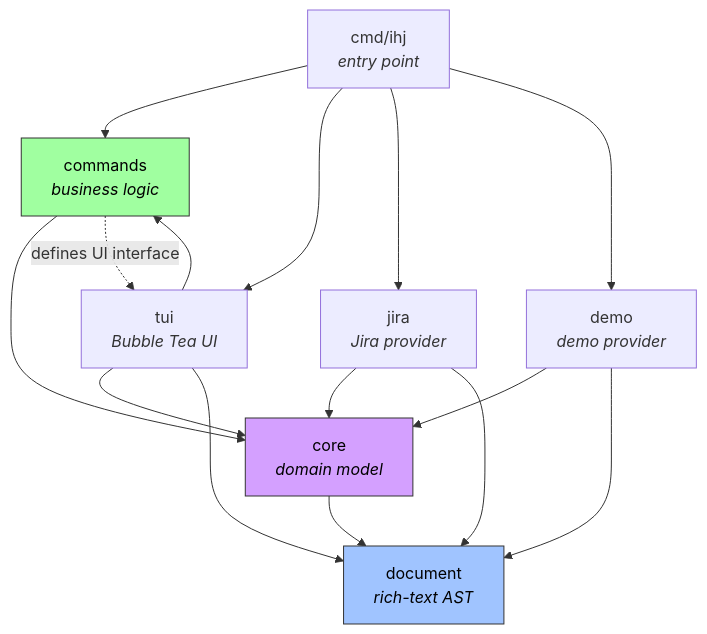
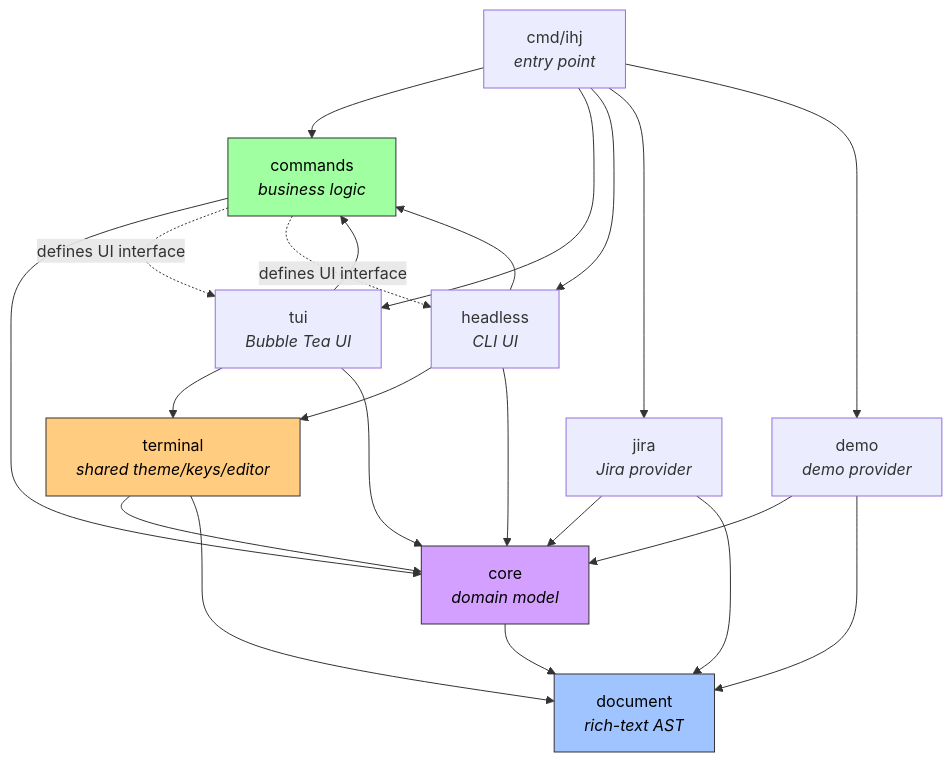
Before and after one commit to mikecsmith/ihj: the diagram in ARCHITECTURE.md, drawn with Mermaid. The commit also changed other lines of this file and 42 other files, not shown here.

First line of the commit message:
refactor: tui bridge + simpler headless mode

````diff
--- a/ARCHITECTURE.md
+++ b/ARCHITECTURE.md
@@ -79,26 +84,36 @@
 ```mermaid
 graph TD
     CMD["cmd/ihj<br/><i>entry point</i>"] --> COMMANDS["commands<br/><i>business logic</i>"]
     CMD --> TUI["tui<br/><i>Bubble Tea UI</i>"]
+    CMD --> HEADLESS["headless<br/><i>CLI UI</i>"]
     CMD --> JIRA["jira<br/><i>Jira provider</i>"]
     CMD --> DEMO["demo<br/><i>demo provider</i>"]
 
     COMMANDS --> CORE["core<br/><i>domain model</i>"]
     COMMANDS -.->|"defines UI interface"| TUI
+    COMMANDS -.->|"defines UI interface"| HEADLESS
 
+    TUI --> TERMINAL["terminal<br/><i>shared theme/keys/editor</i>"]
     TUI --> CORE
-    TUI --> DOCUMENT["document<br/><i>rich-text AST</i>"]
     TUI --> COMMANDS
+
+    HEADLESS --> TERMINAL
+    HEADLESS --> CORE
+    HEADLESS --> COMMANDS
+
+    TERMINAL --> CORE
+    TERMINAL --> DOCUMENT["document<br/><i>rich-text AST</i>"]
 
     JIRA --> CORE
     JIRA --> DOCUMENT
 
     DEMO --> CORE
     DEMO --> DOCUMENT
 
     CORE --> DOCUMENT
 
     style CORE fill:#d4a0ff,stroke:#333,color:#000
     style DOCUMENT fill:#a0c4ff,stroke:#333,color:#000
     style COMMANDS fill:#a0ffa0,stroke:#333,color:#000
+    style TERMINAL fill:#ffcc80,stroke:#333,color:#000
 ```
````
